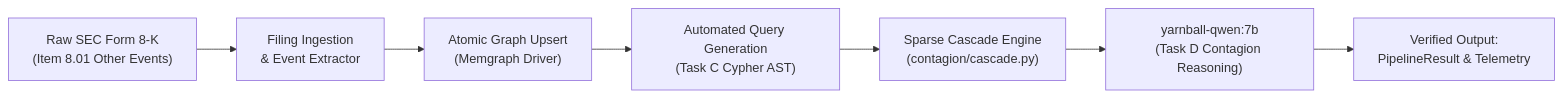
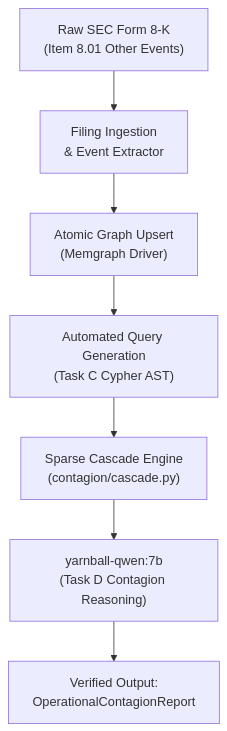
The diagram in docs/decisions/ADR-00009-sec-8k-computational-reading-dry-run----.md (CamiloEmiliano/YarnBall), drawn with Mermaid before and after one commit. The commit also changed other lines of this file and 1 other file, not shown here.

````diff
--- a/docs/decisions/ADR-00009-sec-8k-computational-reading-dry-run----.md
+++ b/docs/decisions/ADR-00009-sec-8k-computational-reading-dry-run----.md
@@ -66,9 +67,9 @@
 ```mermaid
-flowchart LR
+flowchart TD
     A["Raw SEC Form 8-K<br/>(Item 8.01 Other Events)"] --> B["Filing Ingestion<br/>& Event Extractor"]
     B --> C["Atomic Graph Upsert<br/>(Memgraph Driver)"]
     C --> D["Automated Query Generation<br/>(Task C Cypher AST)"]
     D --> E["Sparse Cascade Engine<br/>(contagion/cascade.py)"]
     E --> F["yarnball-qwen:7b<br/>(Task D Contagion Reasoning)"]
-    F --> G["Verified Output:<br/>PipelineResult & Telemetry"]
+    F --> G["Verified Output:<br/>OperationalContagionReport"]
 ```
````
